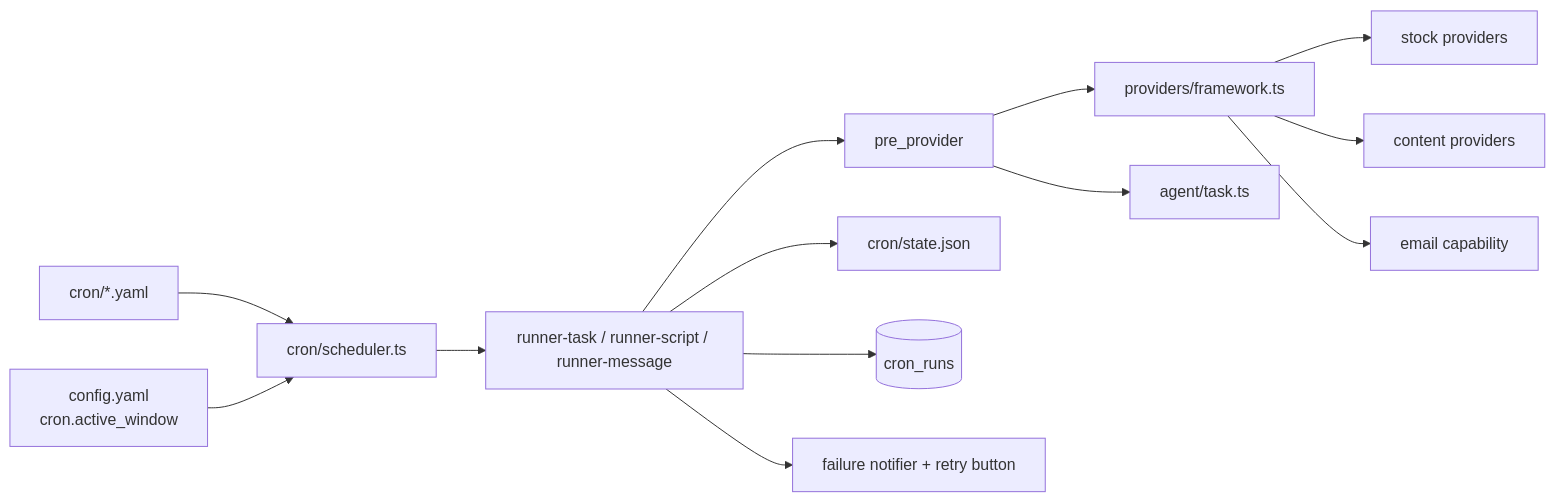
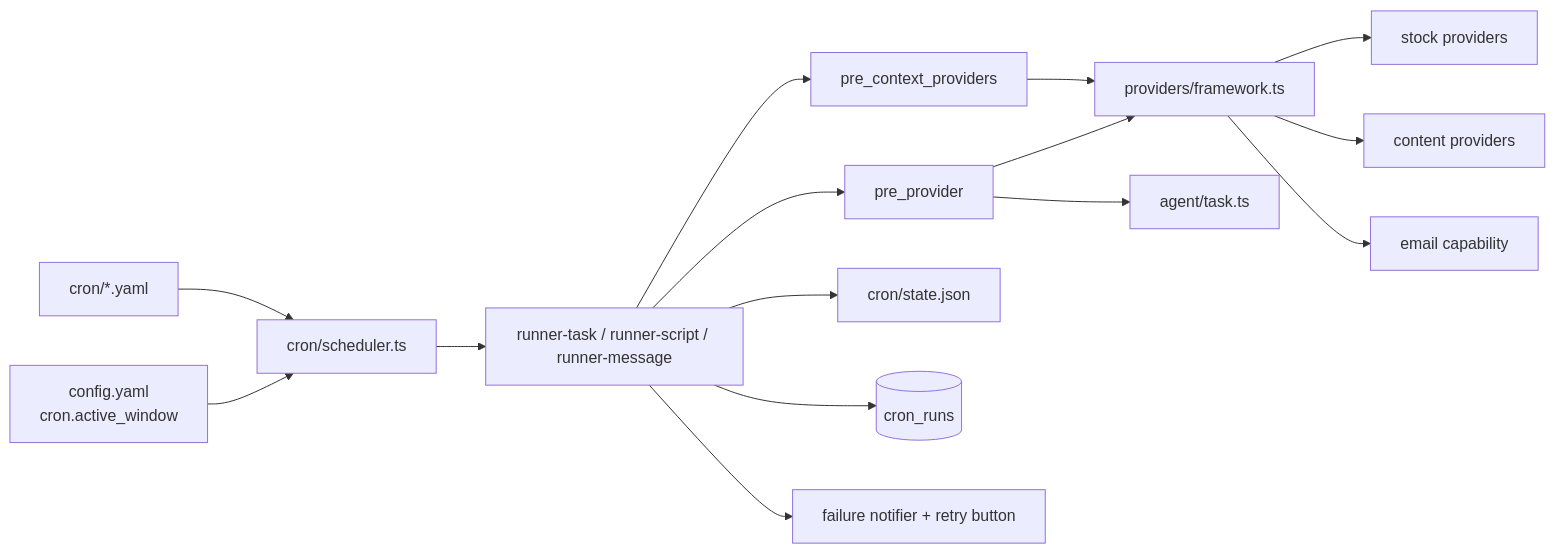
Before and after one commit to yuanyunfan/miniclaw: the fifth of 6 diagrams in docs/architecture.md, drawn with Mermaid. The commit also changed other lines of this file and 24 other files, not shown here.

````diff
--- a/docs/architecture.md
+++ b/docs/architecture.md
@@ -187,15 +187,17 @@
 ```mermaid
 flowchart LR
   Job["cron/*.yaml"] --> Scheduler["cron/scheduler.ts"]
   Config["config.yaml<br/>cron.active_window"] --> Scheduler
   Scheduler --> Runner["runner-task / runner-script / runner-message"]
+  Runner --> ContextProvider["pre_context_providers"]
   Runner --> PreProvider["pre_provider"]
+  ContextProvider --> Framework["providers/framework.ts"]
   PreProvider --> Framework["providers/framework.ts"]
   Framework --> Stock["stock providers"]
   Framework --> Content["content providers"]
   Framework --> Email["email capability"]
   PreProvider --> Task["agent/task.ts"]
   Runner --> State["cron/state.json"]
   Runner --> Runs[("cron_runs")]
   Runner --> Retry["failure notifier + retry button"]
 ```
````
